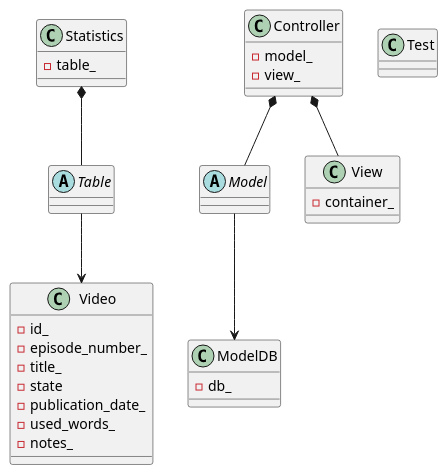
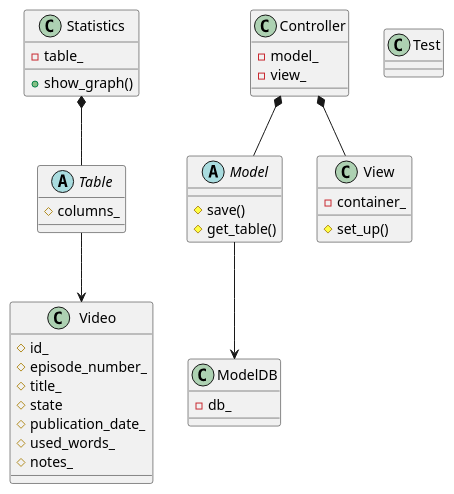
One commit to Wojtek130/Project_Video_Database changed the diagram in uml/diagram.plantuml. Above: the diagram before and after it, drawn with PlantUML. The commit also changed 2 other files, not shown here.

```diff
--- a/uml/diagram.plantuml
+++ b/uml/diagram.plantuml
@@ -1,41 +1,46 @@
 @startuml Class Diagram
 
-
-
-abstract class Table
+abstract class Table{
+    #columns_
+}
 class Controller{
     -model_
     -view_
 }
-abstract class Model
+abstract class Model{
+    #save()
+    #get_table()
+}
 class ModelDB{
     -db_
 }
 class View{
     -container_
+    #set_up()
 }
 class Video {
-    -id_
-    -episode_number_
-    -title_
-    -state
-    -publication_date_
-    -used_words_
-    -notes_
+    #id_
+    #episode_number_
+    #title_
+    #state
+    #publication_date_
+    #used_words_
+    #notes_
 }
 class Statistics{
     -table_
+    +show_graph()
 }
 class Test
 
 Controller *-- Model
 
 Controller *-- View
 
 Table --> Video
 
 Model --> ModelDB
 
 Statistics *-- Table
 
 @enduml
```
